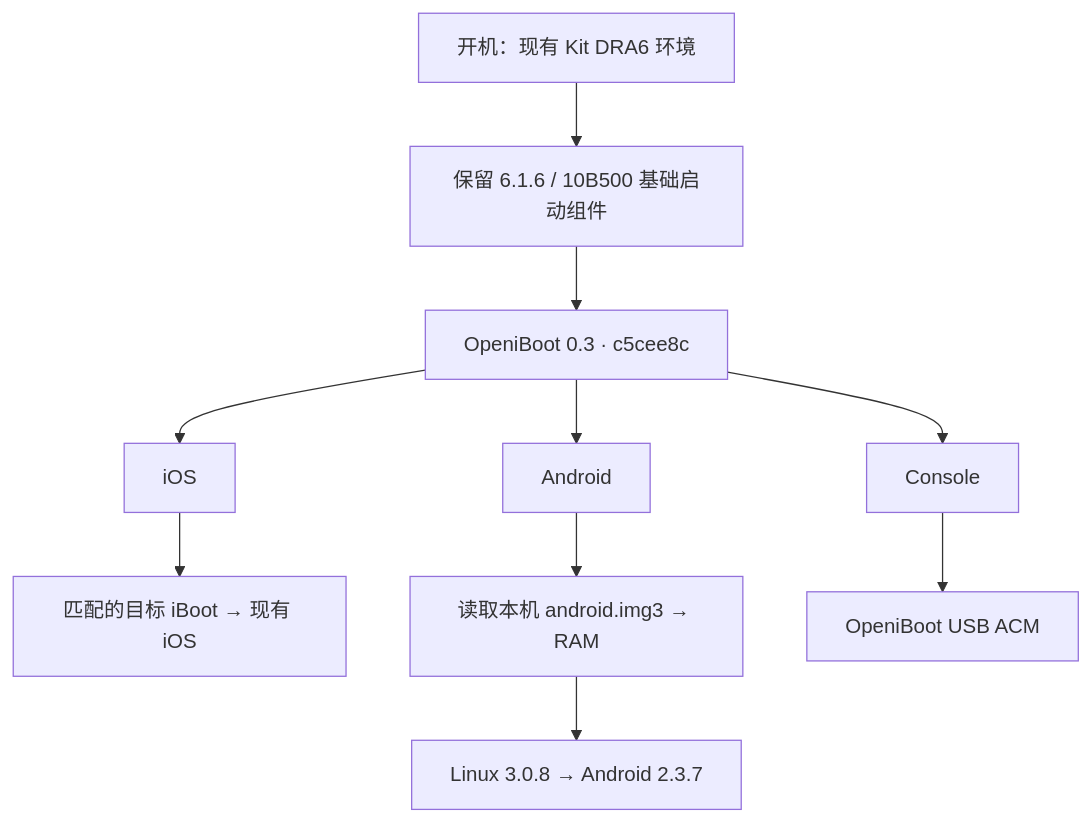
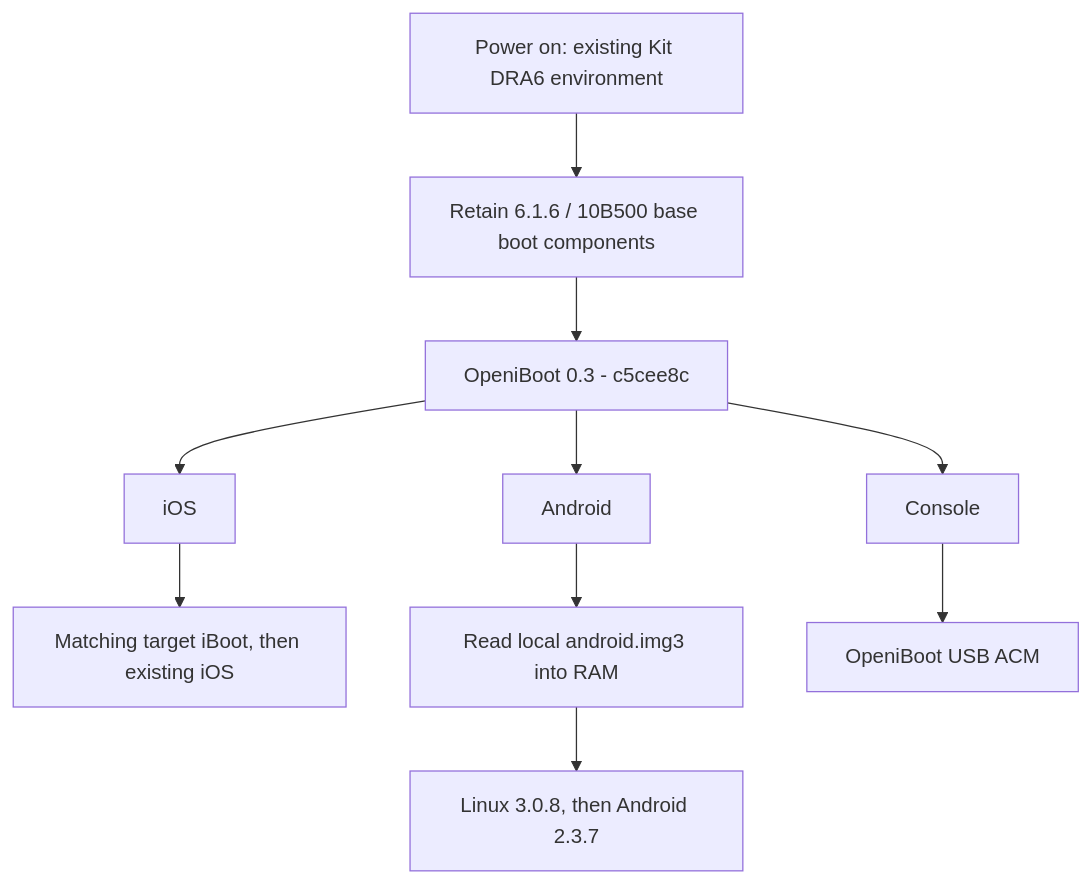
Before and after one commit to Peterdobby/touch4-idroid: the diagram in README.md, drawn with Mermaid. The commit also changed other lines of this file and 6 other files, not shown here.

````diff
--- a/README.md
+++ b/README.md
@@ -49,12 +49,12 @@
 ```mermaid
 flowchart TD
-    A[开机：现有 Kit DRA6 环境] --> B[保留 6.1.6 / 10B500 基础启动组件]
-    B --> C[OpeniBoot 0.3 · c5cee8c]
+    A[Power on: existing Kit DRA6 environment] --> B[Retain 6.1.6 / 10B500 base boot components]
+    B --> C[OpeniBoot 0.3 - c5cee8c]
     C --> D[iOS]
     C --> E[Android]
     C --> F[Console]
-    D --> G[匹配的目标 iBoot → 现有 iOS]
-    E --> H[读取本机 android.img3 → RAM]
-    H --> I[Linux 3.0.8 → Android 2.3.7]
+    D --> G[Matching target iBoot, then existing iOS]
+    E --> H[Read local android.img3 into RAM]
+    H --> I[Linux 3.0.8, then Android 2.3.7]
     F --> J[OpeniBoot USB ACM]
 ```
````
